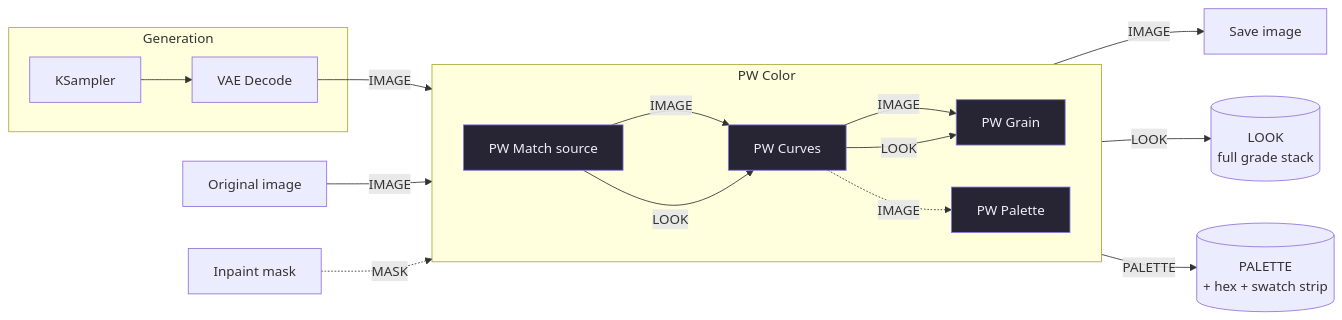
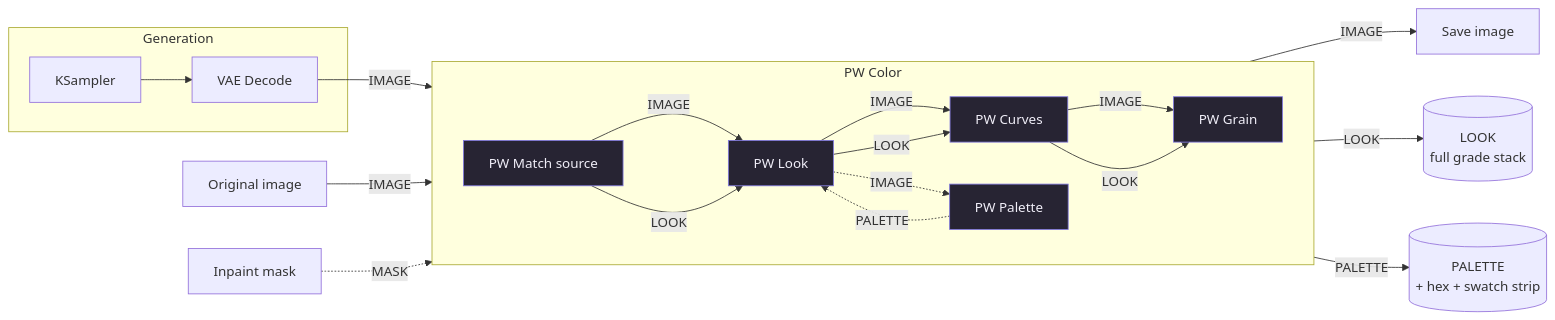
One commit to Fablestarexpanse/PW_ColorTools changed the diagram in README.md. Above: the diagram before and after it, drawn with Mermaid. The commit also changed other lines of this file and 16 other files, not shown here.

````diff
--- a/README.md
+++ b/README.md
@@ -130,25 +164,28 @@
 ```mermaid
 flowchart LR
   subgraph gen [Generation]
     KS[KSampler] --> VD[VAE Decode]
   end
 
   VD -- IMAGE --> MS
   ORIG[Original image] -- IMAGE --> MS
   MASK[Inpaint mask] -. MASK .-> MS
 
   subgraph grade [PW Color]
     direction LR
-    MS[PW Match source]:::pw -- IMAGE --> CU[PW Curves]:::pw
+    MS[PW Match source]:::pw -- IMAGE --> LK[PW Look]:::pw
+    LK -- IMAGE --> CU[PW Curves]:::pw
     CU -- IMAGE --> GR[PW Grain]:::pw
-    MS -- LOOK --> CU
+    MS -- LOOK --> LK
+    LK -- LOOK --> CU
     CU -- LOOK --> GR
-    CU -. IMAGE .-> PA[PW Palette]:::pw
+    LK -. IMAGE .-> PA[PW Palette]:::pw
+    PA -. PALETTE .-> LK
   end
 
   GR -- IMAGE --> SAVE[Save image]
   GR -- LOOK --> LOOKOUT[(LOOK<br/>full grade stack)]
   PA -- PALETTE --> PALOUT[(PALETTE<br/>+ hex + swatch strip)]
 
   classDef pw fill:#272433,stroke:#7F77DD,stroke-width:1px,color:#F0EEF8;
 ```
````
